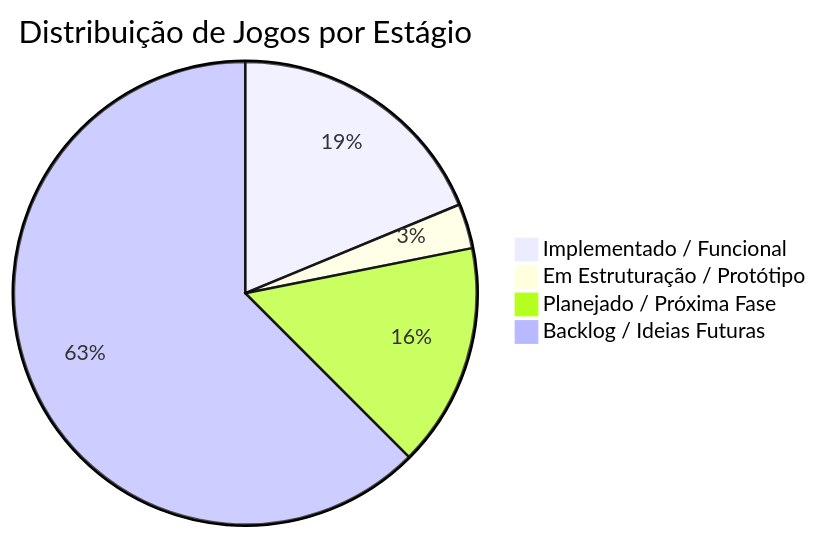
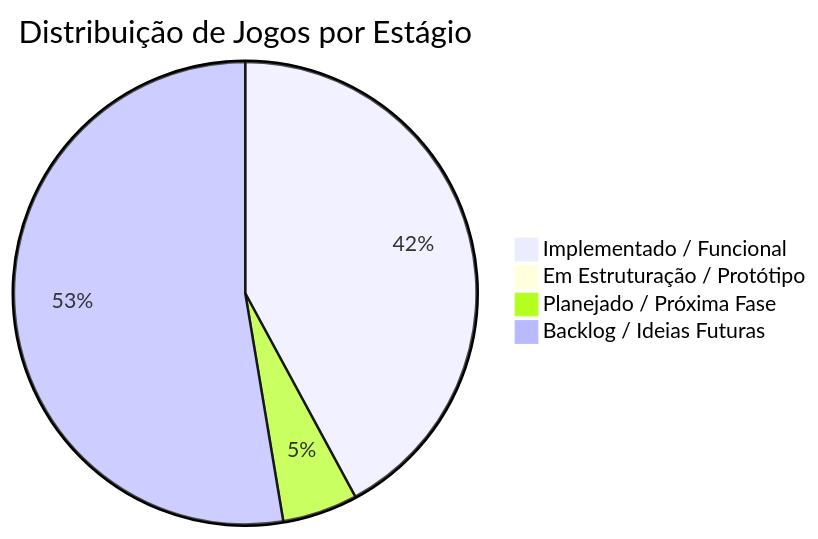
The diagram in docs/INDEX.md (ricasolucoes/PlayTable), drawn with Mermaid before and after one commit. The commit also changed 4 other files, not shown here.

````diff
--- a/docs/INDEX.md
+++ b/docs/INDEX.md
@@ -23,7 +23,7 @@
 ```mermaid
 pie title Distribuição de Jogos por Estágio
-    "Implementado / Funcional" : 6
-    "Em Estruturação / Protótipo" : 1
-    "Planejado / Próxima Fase" : 5
+    "Implementado / Funcional" : 16
+    "Em Estruturação / Protótipo" : 0
+    "Planejado / Próxima Fase" : 2
     "Backlog / Ideias Futuras" : 20
 ```
````
